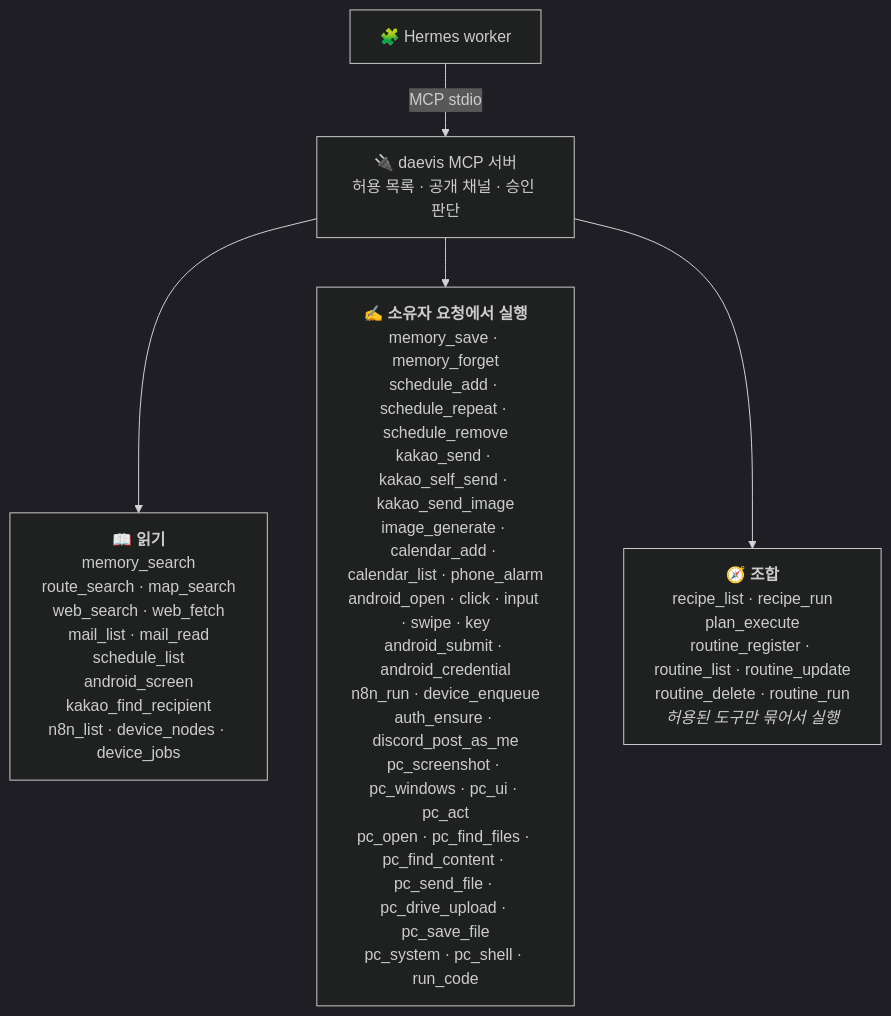
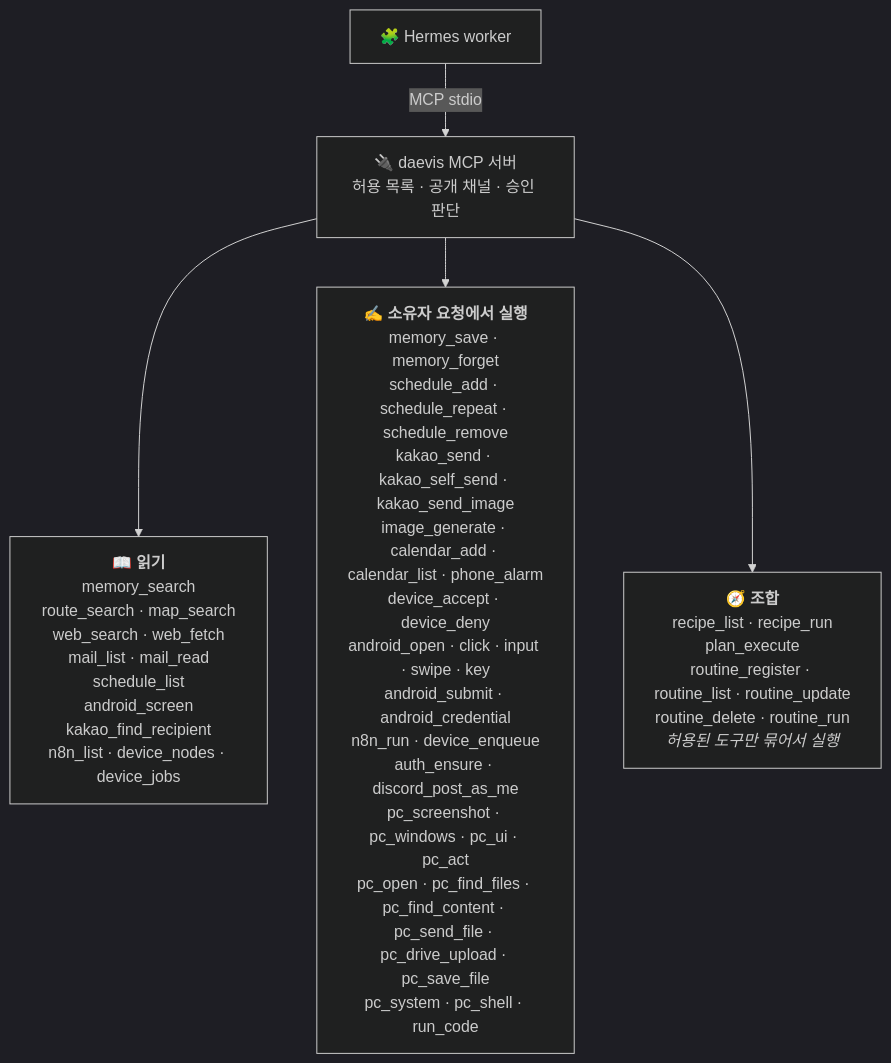
Before and after one commit to beans3142/personal-agent: the second of 2 diagrams in README.md, drawn with Mermaid (dark theme). The commit also changed other lines of this file and 2 other files, not shown here.

Commit message:
docs: device pairing worklog and feature row

````diff
--- a/README.md
+++ b/README.md
@@ -107,7 +108,7 @@
 ```mermaid
 flowchart TD
     hermes["🧩 Hermes worker"] -- "MCP stdio" --> mcp["🔌 daevis MCP 서버<br/>허용 목록 · 공개 채널 · 승인 판단"]
     mcp --> r["📖 <b>읽기</b><br/>memory_search<br/>route_search · map_search<br/>web_search · web_fetch<br/>mail_list · mail_read<br/>schedule_list<br/>android_screen<br/>kakao_find_recipient<br/>n8n_list · device_nodes · device_jobs"]
-    mcp --> w["✍️ <b>소유자 요청에서 실행</b><br/>memory_save · memory_forget<br/>schedule_add · schedule_repeat · schedule_remove<br/>kakao_send · kakao_self_send · kakao_send_image<br/>image_generate · calendar_add · calendar_list · phone_alarm<br/>android_open · click · input · swipe · key<br/>android_submit · android_credential<br/>n8n_run · device_enqueue<br/>auth_ensure · discord_post_as_me<br/>pc_screenshot · pc_windows · pc_ui · pc_act<br/>pc_open · pc_find_files · pc_find_content · pc_send_file · pc_drive_upload · pc_save_file<br/>pc_system · pc_shell · run_code"]
+    mcp --> w["✍️ <b>소유자 요청에서 실행</b><br/>memory_save · memory_forget<br/>schedule_add · schedule_repeat · schedule_remove<br/>kakao_send · kakao_self_send · kakao_send_image<br/>image_generate · calendar_add · calendar_list · phone_alarm<br/>device_accept · device_deny<br/>android_open · click · input · swipe · key<br/>android_submit · android_credential<br/>n8n_run · device_enqueue<br/>auth_ensure · discord_post_as_me<br/>pc_screenshot · pc_windows · pc_ui · pc_act<br/>pc_open · pc_find_files · pc_find_content · pc_send_file · pc_drive_upload · pc_save_file<br/>pc_system · pc_shell · run_code"]
     mcp --> c["🧭 <b>조합</b><br/>recipe_list · recipe_run<br/>plan_execute<br/>routine_register · routine_list · routine_update<br/>routine_delete · routine_run<br/><i>허용된 도구만 묶어서 실행</i>"]
 ```
````
